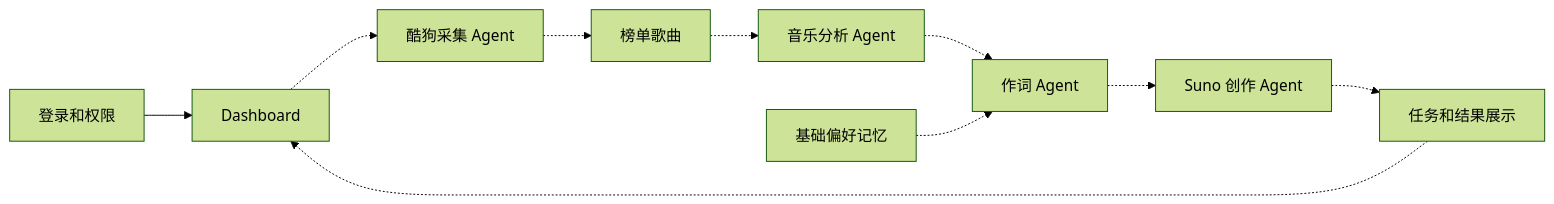
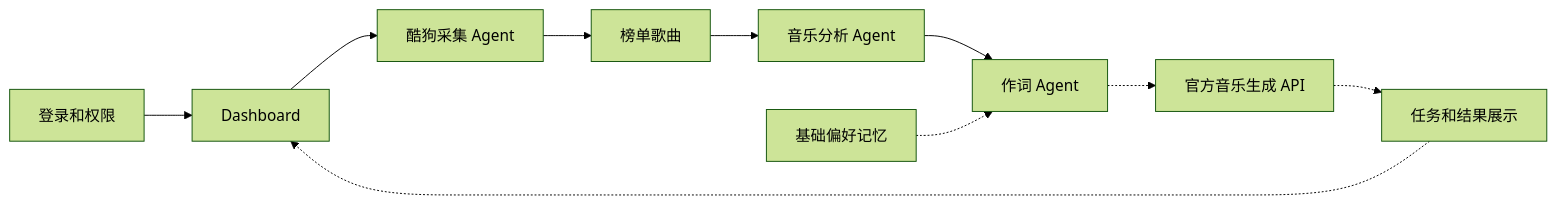
One commit to sunjiaxing520/SunJX changed the tenth of 10 diagrams in projects/blue-music-platform/项目知识图谱.md. Above: the diagram before and after it, drawn with Mermaid (forest theme). The commit also changed other lines of this file and 45 other files, not shown here.

Commit message:
Add ranking analysis and lyrics workflows

````diff
--- a/projects/blue-music-platform/项目知识图谱.md
+++ b/projects/blue-music-platform/项目知识图谱.md
@@ -233,22 +233,22 @@
 ```mermaid
 flowchart LR
     Login["登录和权限"]
     Dashboard["Dashboard"]
     Crawler["酷狗采集 Agent"]
     Songs["榜单歌曲"]
     Analysis["音乐分析 Agent"]
     Lyrics["作词 Agent"]
     Memory["基础偏好记忆"]
-    Suno["Suno 创作 Agent"]
+    MusicProvider["官方音乐生成 API"]
     Results["任务和结果展示"]
 
     Login --> Dashboard
-    Dashboard -.-> Crawler
-    Crawler -.-> Songs
-    Songs -.-> Analysis
-    Analysis -.-> Lyrics
+    Dashboard --> Crawler
+    Crawler --> Songs
+    Songs --> Analysis
+    Analysis --> Lyrics
     Memory -.-> Lyrics
-    Lyrics -.-> Suno
-    Suno -.-> Results
+    Lyrics -.-> MusicProvider
+    MusicProvider -.-> Results
     Results -.-> Dashboard
 ```
````
